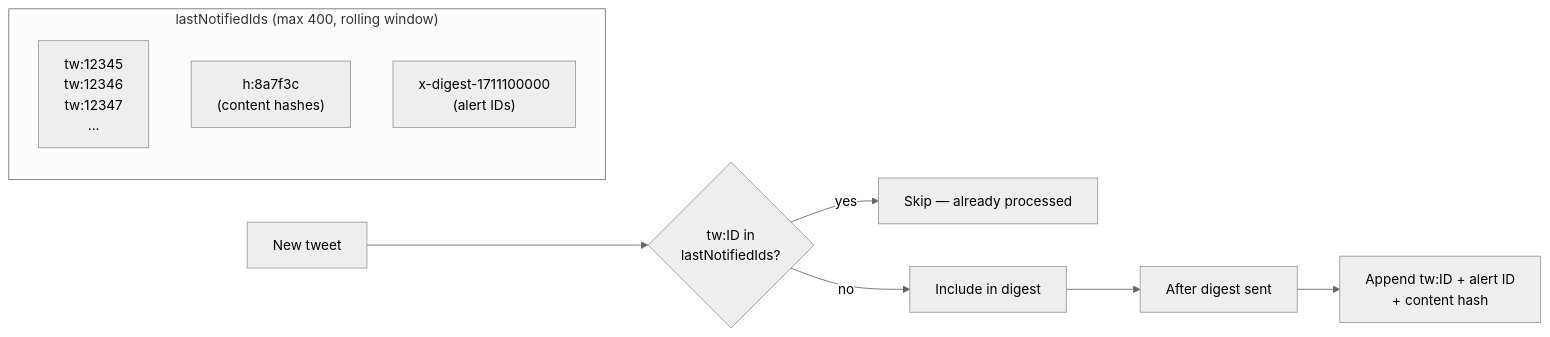
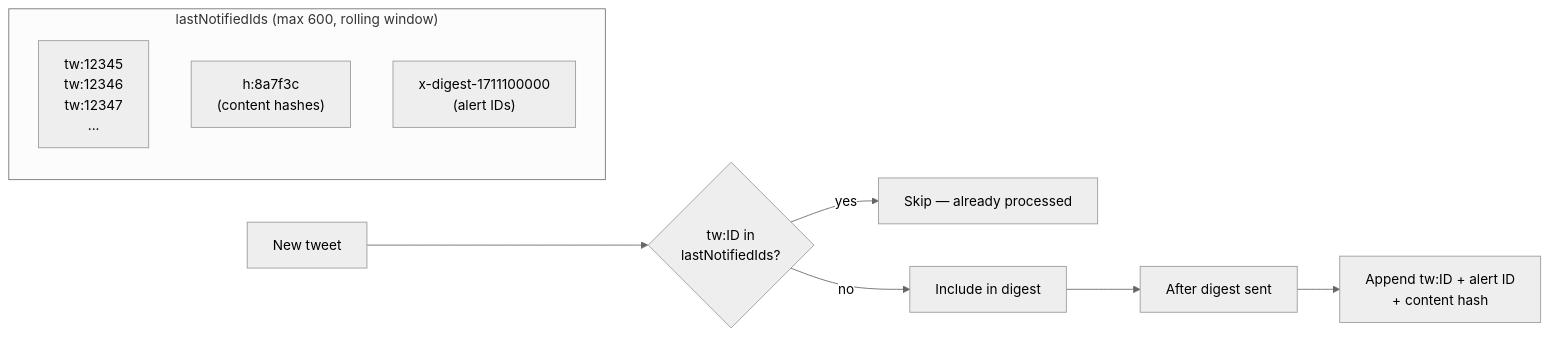
Before and after one commit to RuneLind/muninn: the third of 3 diagrams in src/watchers/README.md, drawn with Mermaid (neutral theme). The commit also changed other lines of this file and 5 other files, not shown here.

````diff
--- a/src/watchers/README.md
+++ b/src/watchers/README.md
@@ -117,14 +117,14 @@
 ```mermaid
 flowchart LR
-    subgraph "lastNotifiedIds (max 400, rolling window)"
+    subgraph "lastNotifiedIds (max 600, rolling window)"
         A["tw:12345<br/>tw:12346<br/>tw:12347<br/>..."]
         B["h:8a7f3c<br/>(content hashes)"]
         C["x-digest-1711100000<br/>(alert IDs)"]
     end
 
     NEW[New tweet] --> CHECK{tw:ID in<br/>lastNotifiedIds?}
     CHECK -->|yes| SKIP[Skip — already processed]
     CHECK -->|no| INCLUDE[Include in digest]
     INCLUDE --> AFTERDIGEST[After digest sent]
     AFTERDIGEST --> APPEND["Append tw:ID + alert ID<br/>+ content hash"]
 ```
````
